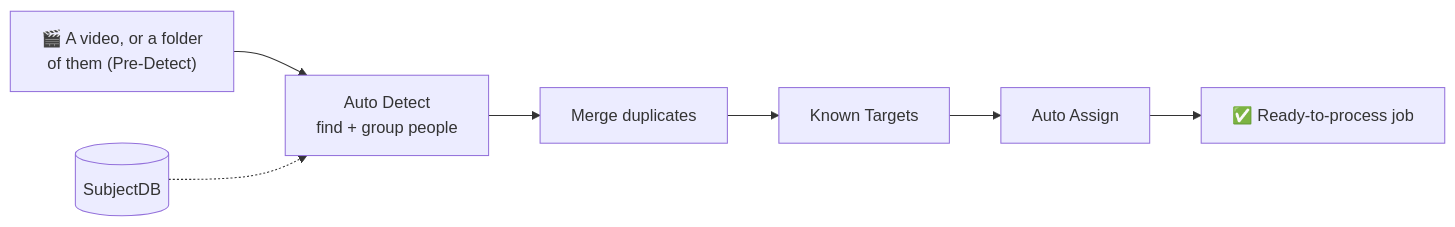
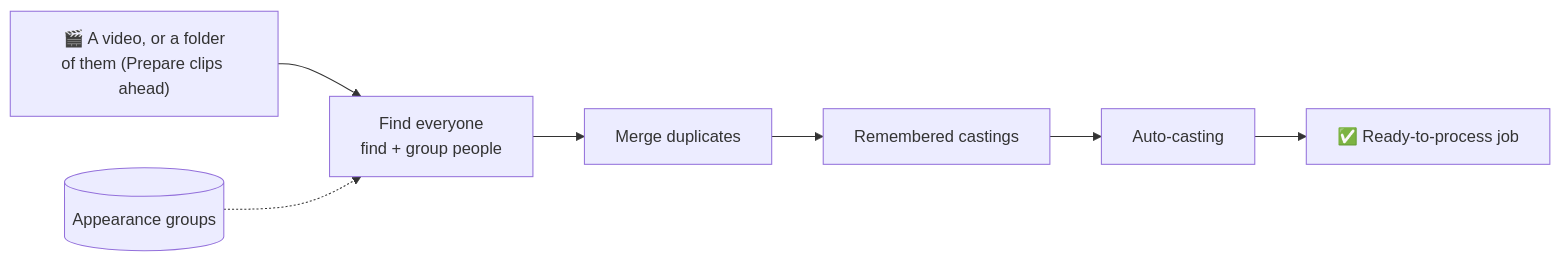
One commit to omniswap-studio/OmniSwap-Studio changed the second of 2 diagrams in README.md. Above: the diagram before and after it, drawn with Mermaid.

Commit message:
Update README.md
Updated flowchart to reflect changes in the process, including renaming nodes and adjusting connections.

````diff
--- a/README.md
+++ b/README.md
@@ -114,9 +114,9 @@
 ```mermaid
 flowchart LR
-  V["🎬 A video, or a folder<br/>of them (Pre-Detect)"] --> AD["Auto Detect<br/>find + group people"]
+  V["🎬 A video, or a folder<br/>of them (Prepare clips ahead)"] --> AD["Find everyone<br/>find + group people"]
   AD --> MR["Merge duplicates"]
-  MR --> KT["Known Targets"]
-  KT --> AA["Auto Assign"]
+  MR --> KT["Remembered castings"]
+  KT --> AA["Auto-casting"]
   AA --> J["✅ Ready-to-process job"]
-  DB[("SubjectDB")] -.-> AD
+  DB[("Appearance groups")] -.-> AD
 ```
````
